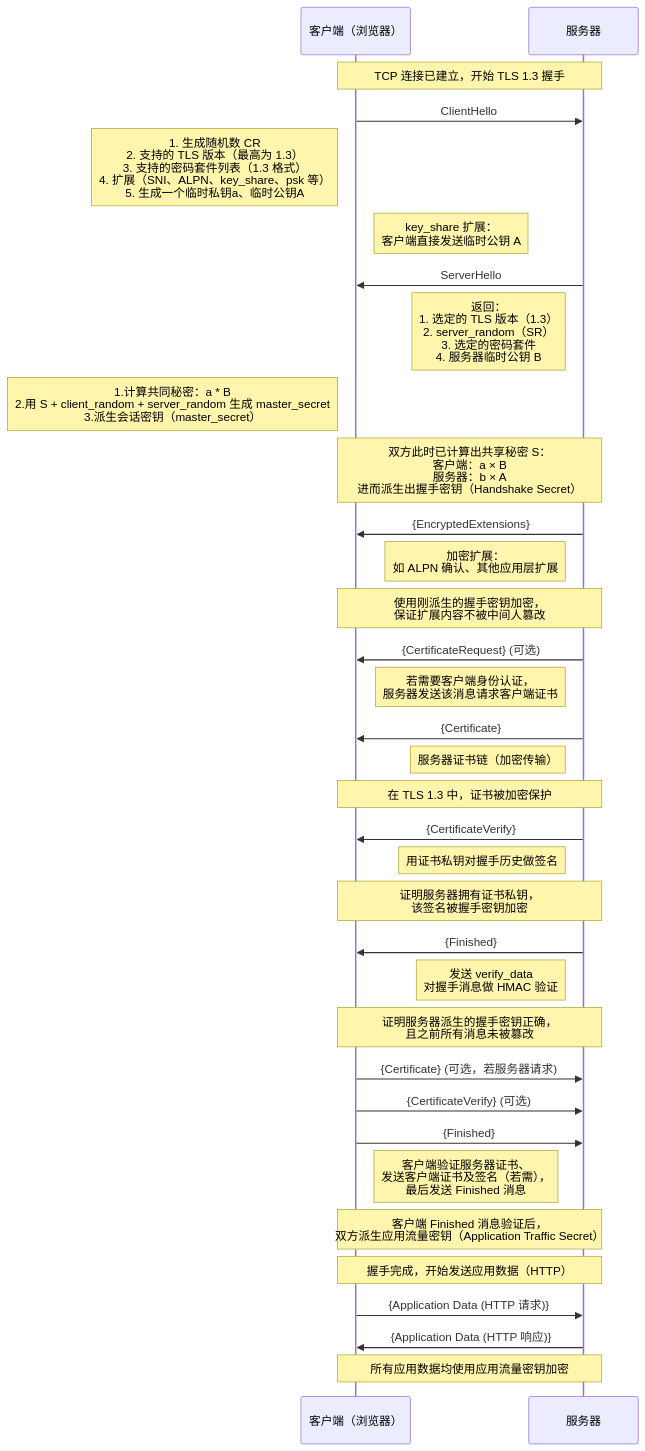
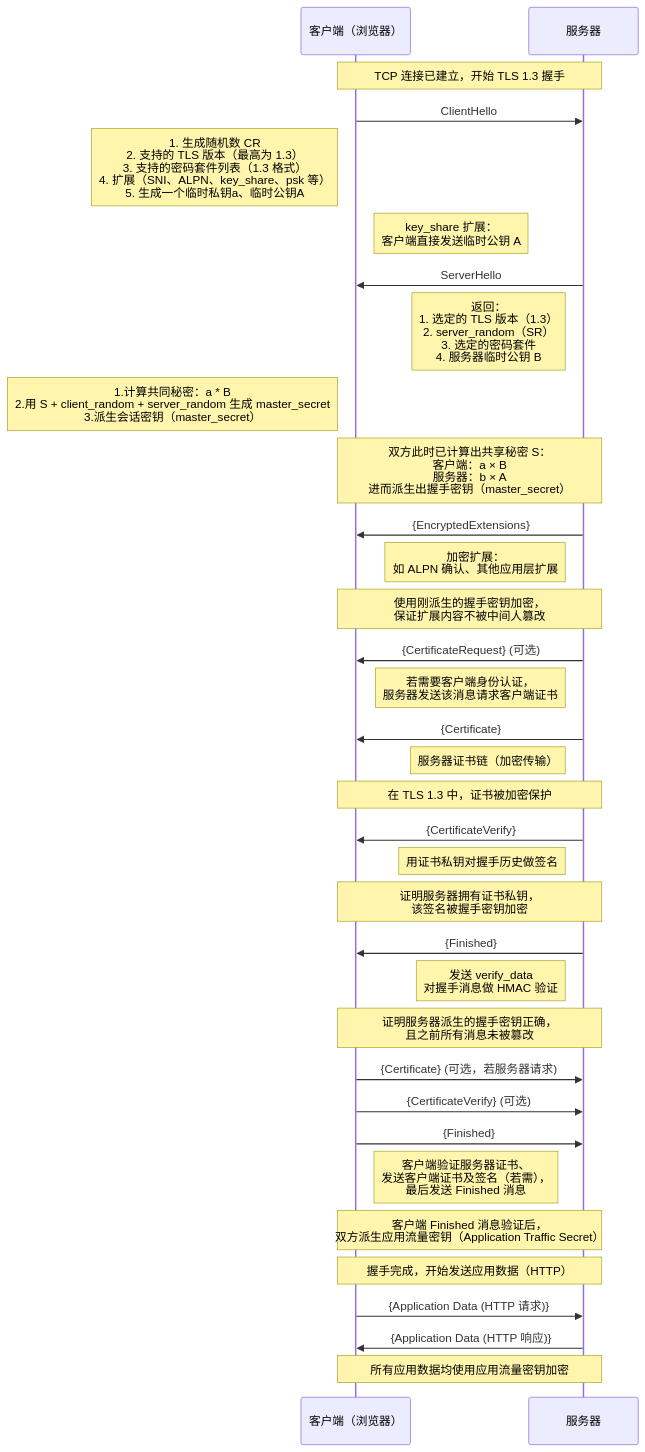
Before and after one commit to HY-10-8/iodraw-files: the diagram in all/TLS-1.3.md, drawn with Mermaid.

Commit message:
2026-03-30 17:49:19 update

````diff
--- a/all/TLS-1.3.md
+++ b/all/TLS-1.3.md
@@ -1,47 +1,47 @@
 ```mermaid
 sequenceDiagram
     participant C as 客户端（浏览器）
     participant S as 服务器
 
     Note over C,S: TCP 连接已建立，开始 TLS 1.3 握手
 
     C->>S: ClientHello
     Note left of C: 1. 生成随机数 CR<br/> 2. 支持的 TLS 版本（最高为 1.3）<br/> 3. 支持的密码套件列表（1.3 格式）<br/> 4. 扩展（SNI、ALPN、key_share、psk 等）<br/> 5. 生成一个临时私钥a、临时公钥A
     Note right of C: key_share 扩展：<br/> 客户端直接发送临时公钥 A
 
     S->>C: ServerHello
     Note left of S: 返回：<br/> 1. 选定的 TLS 版本（1.3）<br/> 2. server_random（SR）<br/> 3. 选定的密码套件<br/> 4. 服务器临时公钥 B
     Note left of C: 1.计算共同秘密：a * B<br/> 2.用 S + client_random + server_random 生成 master_secret<br/> 3.派生会话密钥（master_secret）
-    Note over C,S: 双方此时已计算出共享秘密 S：<br/> 客户端：a × B<br/> 服务器：b × A<br/> 进而派生出握手密钥（Handshake Secret）
+    Note over C,S: 双方此时已计算出共享秘密 S：<br/> 客户端：a × B<br/> 服务器：b × A<br/> 进而派生出握手密钥（master_secret）
 
     S->>C: {EncryptedExtensions}
     Note left of S: 加密扩展：<br/> 如 ALPN 确认、其他应用层扩展
     Note over C,S: 使用刚派生的握手密钥加密，<br/> 保证扩展内容不被中间人篡改
 
     S->>C: {CertificateRequest} (可选)
     Note left of S: 若需要客户端身份认证，<br/> 服务器发送该消息请求客户端证书
 
     S->>C: {Certificate}
     Note left of S: 服务器证书链（加密传输）
     Note over C,S: 在 TLS 1.3 中，证书被加密保护
 
     S->>C: {CertificateVerify}
     Note left of S: 用证书私钥对握手历史做签名
     Note over C,S: 证明服务器拥有证书私钥，<br/> 该签名被握手密钥加密
 
     S->>C: {Finished}
     Note left of S: 发送 verify_data<br/> 对握手消息做 HMAC 验证
     Note over C,S: 证明服务器派生的握手密钥正确，<br/> 且之前所有消息未被篡改
 
     C->>S: {Certificate} (可选，若服务器请求)
     C->>S: {CertificateVerify} (可选)
     C->>S: {Finished}
     Note right of C: 客户端验证服务器证书、<br/> 发送客户端证书及签名（若需），<br/> 最后发送 Finished 消息
     Note over C,S: 客户端 Finished 消息验证后，<br/> 双方派生应用流量密钥（Application Traffic Secret）
 
     Note over C,S: 握手完成，开始发送应用数据（HTTP）
 
     C->>S: {Application Data (HTTP 请求)}
     S->>C: {Application Data (HTTP 响应)}
     Note over C,S: 所有应用数据均使用应用流量密钥加密
 ```
````
